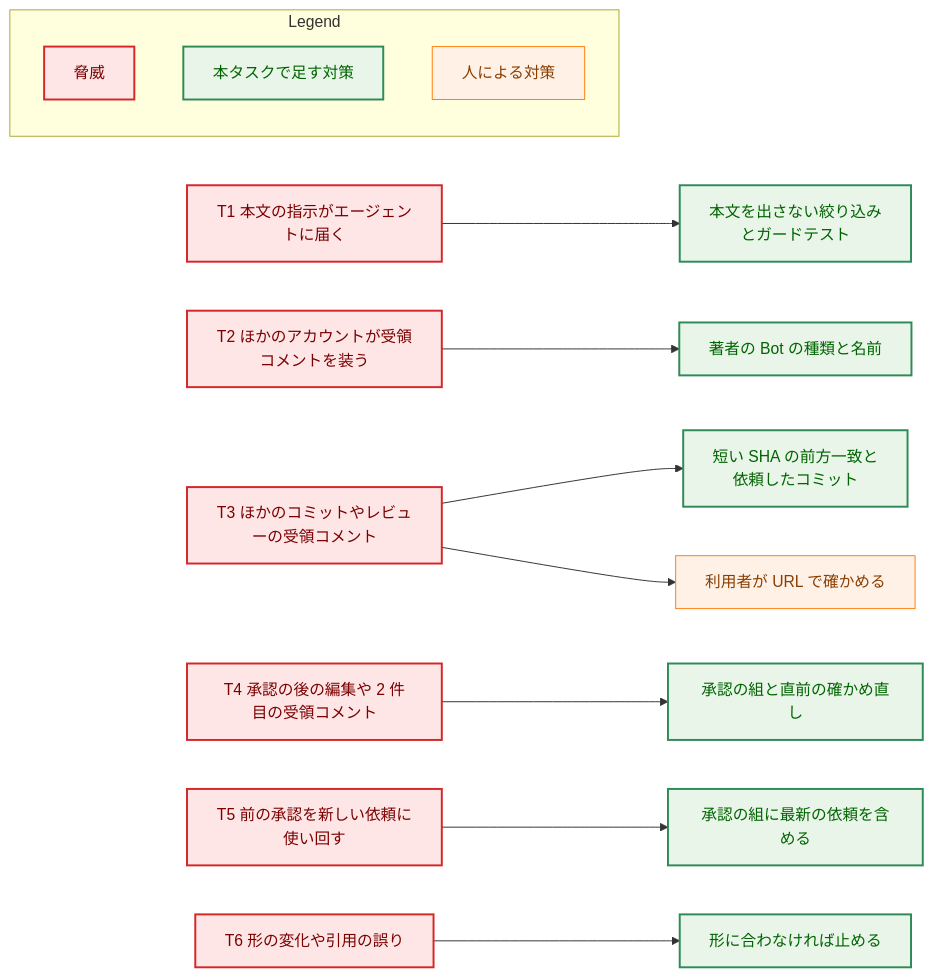
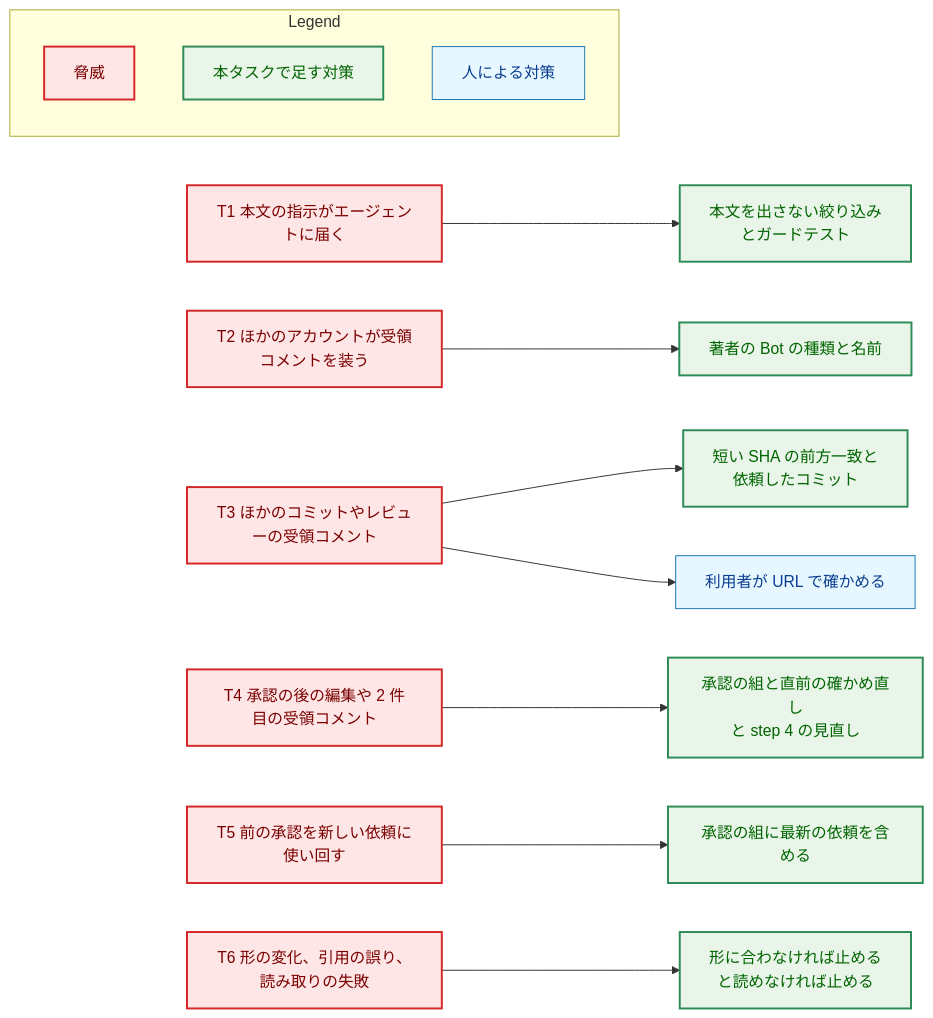
Before and after one commit to isseis/yt2column: the fourth of 5 diagrams in docs/tasks/0108_codex_null_findings_receipt/02_architecture.md, drawn with Mermaid. The commit also changed other lines of this file, not shown here.

First line of the commit message:
docs(0108): address the architecture review and polish the Japanese

````diff
--- a/docs/tasks/0108_codex_null_findings_receipt/02_architecture.md
+++ b/docs/tasks/0108_codex_null_findings_receipt/02_architecture.md
@@ -412,42 +511,42 @@
 ```mermaid
 flowchart LR
     classDef problem fill:#ffe6e6,stroke:#d62728,stroke-width:2px,color:#7b0000;
     classDef enhanced fill:#e8f5e8,stroke:#2e8b57,stroke-width:2px,color:#006400;
-    classDef process fill:#fff1e6,stroke:#ff7f0e,stroke-width:1px,color:#8a3e00;
+    classDef data fill:#e6f7ff,stroke:#1f77b4,stroke-width:1px,color:#0b3d91;
 
     T1["T1 本文の指示がエージェントに届く"]
     T2["T2 ほかのアカウントが受領コメントを装う"]
     T3["T3 ほかのコミットやレビューの受領コメント"]
     T4["T4 承認の後の編集や 2 件目の受領コメント"]
     T5["T5 前の承認を新しい依頼に使い回す"]
-    T6["T6 形の変化や引用の誤り"]
+    T6["T6 形の変化、引用の誤り、読み取りの失敗"]
 
     M1["本文を出さない絞り込み<br>とガードテスト"]
     M2["著者の Bot の種類と名前"]
     M3["短い SHA の前方一致と<br>依頼したコミット"]
-    M4["承認の組と直前の確かめ直し"]
+    M4["承認の組と直前の確かめ直し<br>と step 4 の見直し"]
     M5["承認の組に最新の依頼を含める"]
-    M6["形に合わなければ止める"]
+    M6["形に合わなければ止める<br>と読めなければ止める"]
     M7["利用者が URL で確かめる"]
 
     T1 --> M1
     T2 --> M2
     T3 --> M3
     T3 --> M7
     T4 --> M4
     T5 --> M5
     T6 --> M6
 
     class T1,T2,T3,T4,T5,T6 problem
     class M1,M2,M3,M4,M5,M6 enhanced
-    class M7 process
+    class M7 data
 
     subgraph Legend["Legend"]
         L1["脅威"]
         L2["本タスクで足す対策"]
         L3["人による対策"]
     end
     class L1 problem
     class L2 enhanced
-    class L3 process
+    class L3 data
 ```
````
